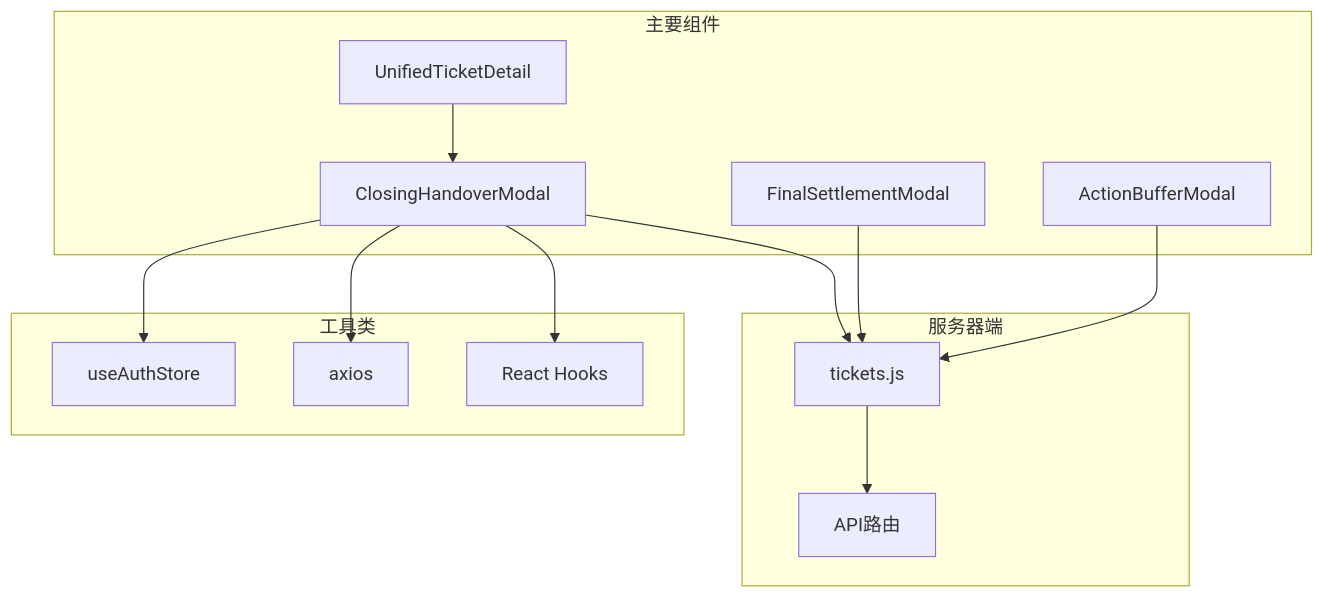
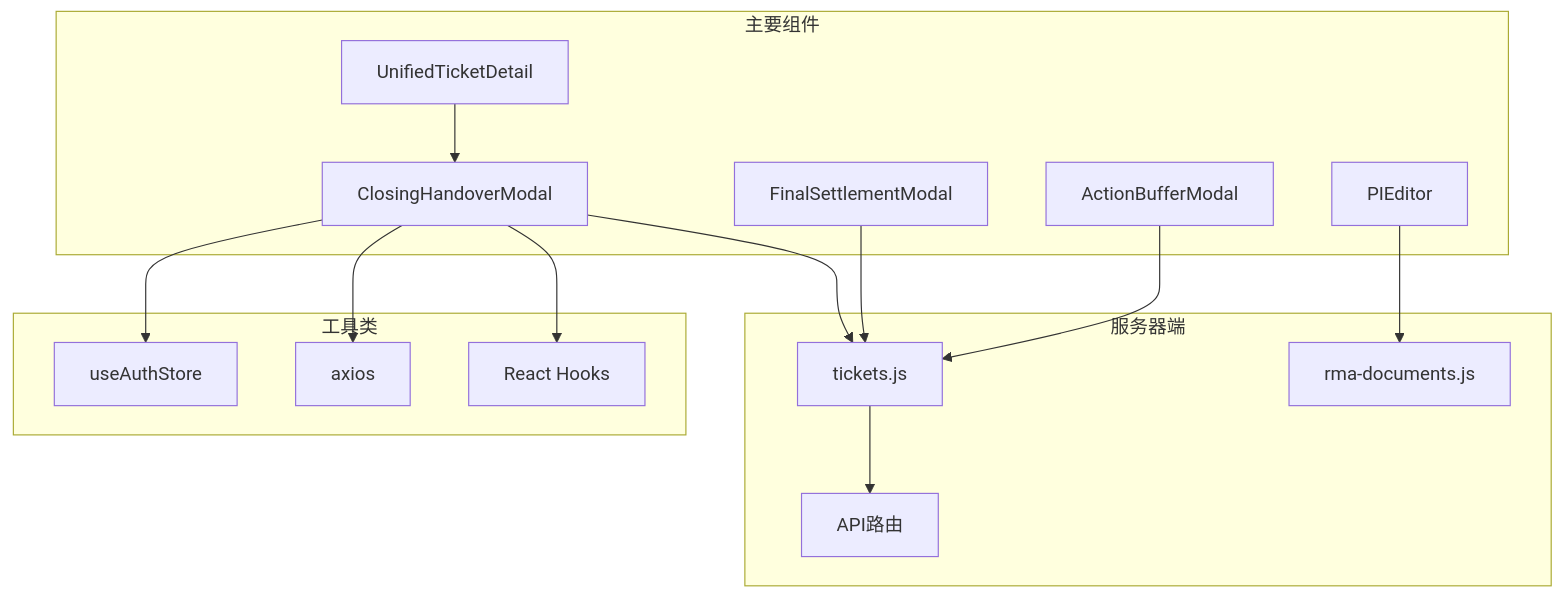
One commit to CubeEdge/Longhorn changed the eighth of 8 diagrams in .qoder/repowiki/zh/content/前端组件架构/服务工作流增强/结案交接模态框.md. Above: the diagram before and after it, drawn with Mermaid. The commit also changed other lines of this file and 26 other files, not shown here.

````diff
--- a/.qoder/repowiki/zh/content/前端组件架构/服务工作流增强/结案交接模态框.md
+++ b/.qoder/repowiki/zh/content/前端组件架构/服务工作流增强/结案交接模态框.md
@@ -315,26 +329,29 @@
 ```mermaid
 graph TB
 subgraph "主要组件"
 CHM[ClosingHandoverModal]
 UTD[UnifiedTicketDetail]
 FSM[FinalSettlementModal]
 ABM[ActionBufferModal]
+PIE[PIEditor]
 end
 subgraph "工具类"
 Auth[useAuthStore]
 Axios[axios]
 Hooks[React Hooks]
 end
 subgraph "服务器端"
 TR[tickets.js]
+RMD[rma-documents.js]
 Routes[API路由]
 end
 UTD --> CHM
 CHM --> Auth
 CHM --> Axios
 CHM --> Hooks
 CHM --> TR
 TR --> Routes
 FSM --> TR
 ABM --> TR
+PIE --> RMD
 ```
````
